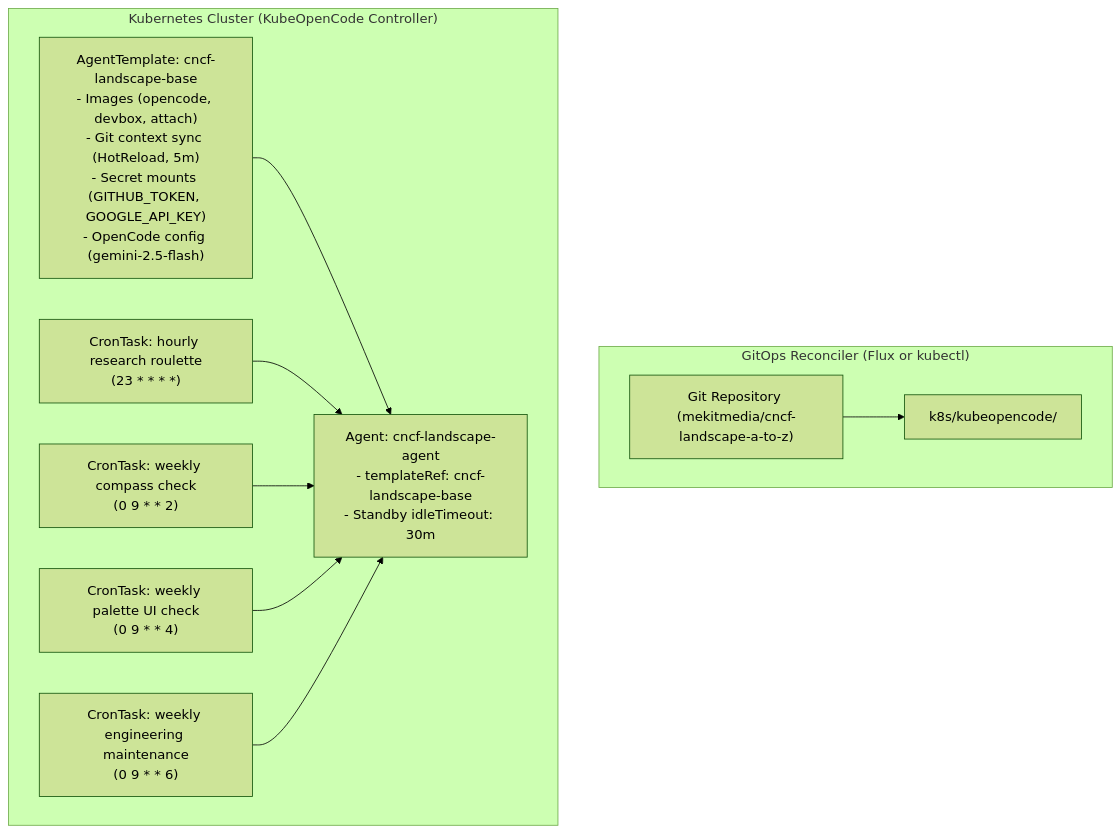
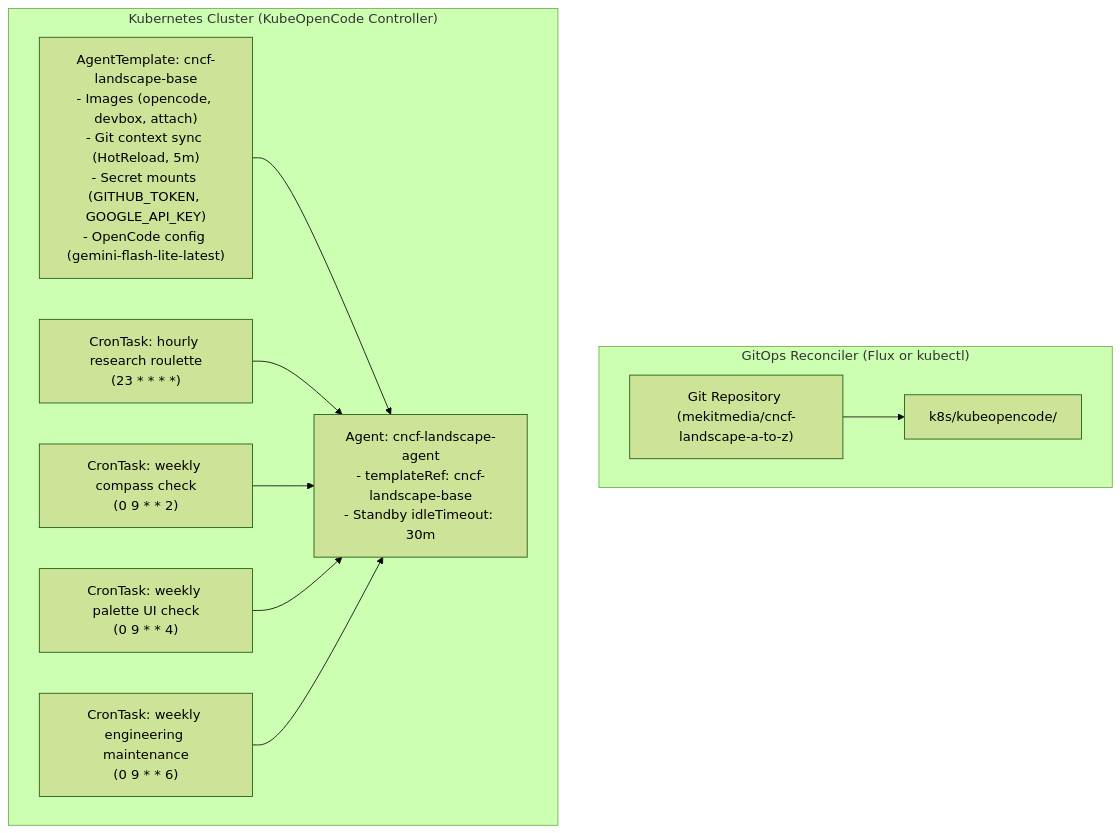
The diagram in docs/kubeopencode-agent-templates.md (mekitmedia/cncf-landscape-a-to-z), drawn with Mermaid (forest theme) before and after one commit. The commit also changed other lines of this file and 7 other files, not shown here.

First line of the commit message:
feat(k8s): split CronTasks into individual files and set gemini-flash-lite-latest

````diff
--- a/docs/kubeopencode-agent-templates.md
+++ b/docs/kubeopencode-agent-templates.md
@@ -13,22 +13,22 @@
 ```mermaid
 graph TD
     subgraph GitOps["GitOps Reconciler (Flux or kubectl)"]
         GitRepo["Git Repository (mekitmedia/cncf-landscape-a-to-z)"] --> Kustomize["k8s/kubeopencode/"]
     end
 
     subgraph KubeOpenCode["Kubernetes Cluster (KubeOpenCode Controller)"]
-        Template["AgentTemplate: cncf-landscape-base<br/>- Images (opencode, devbox, attach)<br/>- Git context sync (HotReload, 5m)<br/>- Secret mounts (GITHUB_TOKEN, GOOGLE_API_KEY)<br/>- OpenCode config (gemini-2.5-flash)"]
+        Template["AgentTemplate: cncf-landscape-base<br/>- Images (opencode, devbox, attach)<br/>- Git context sync (HotReload, 5m)<br/>- Secret mounts (GITHUB_TOKEN, GOOGLE_API_KEY)<br/>- OpenCode config (gemini-flash-lite-latest)"]
         Agent["Agent: cncf-landscape-agent<br/>- templateRef: cncf-landscape-base<br/>- Standby idleTimeout: 30m"]
         
         Cron1["CronTask: hourly research roulette<br/>(23 * * * *)"]
         Cron2["CronTask: weekly compass check<br/>(0 9 * * 2)"]
         Cron3["CronTask: weekly palette UI check<br/>(0 9 * * 4)"]
         Cron4["CronTask: weekly engineering maintenance<br/>(0 9 * * 6)"]
 
         Template --> Agent
         Cron1 --> Agent
         Cron2 --> Agent
         Cron3 --> Agent
         Cron4 --> Agent
     end
 ```
````
